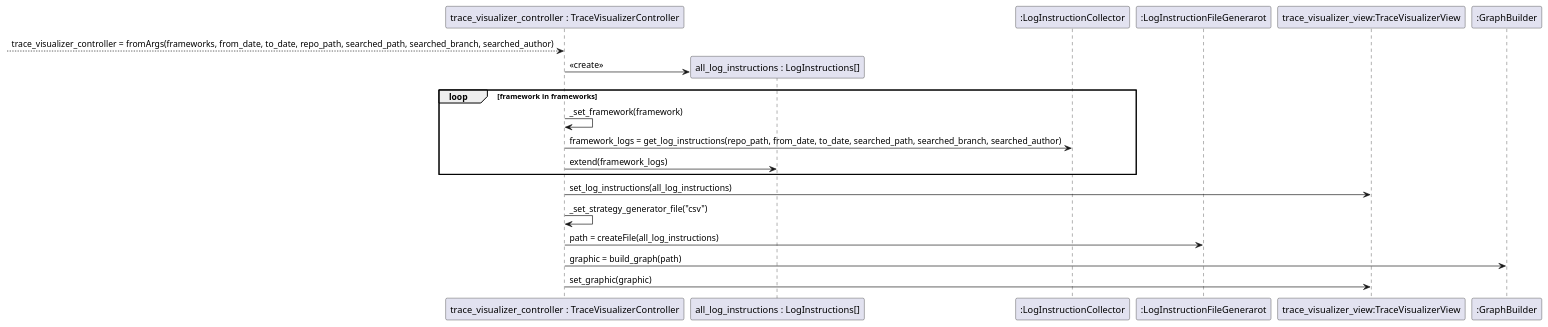
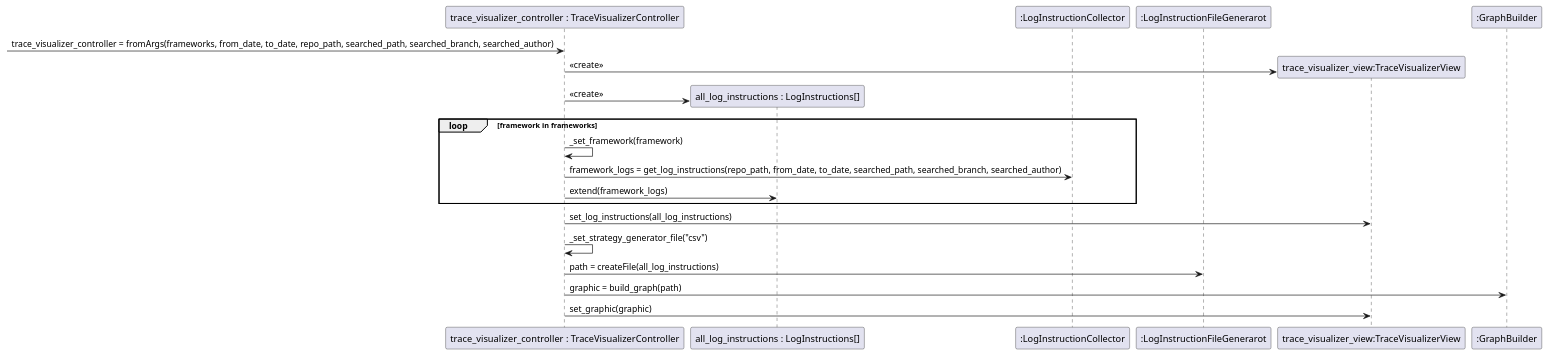
The first of 2 diagrams in doc/sequence.puml (woofi7/Outil-de-visualisation-evolution-des-traces-execution), drawn with PlantUML before and after one commit. The commit also changed 5 other files, not shown here.

```diff
--- a/doc/sequence.puml
+++ b/doc/sequence.puml
@@ -1,23 +1,24 @@
 @startuml TraceVisualizerController
 
 participant "trace_visualizer_controller : TraceVisualizerController" as tvc
 participant "all_log_instructions : LogInstructions[]" as all
 participant ":LogInstructionCollector" as lic
 participant ":LogInstructionFileGenerarot" as lifg
 participant "trace_visualizer_view:TraceVisualizerView" as tvv
 participant ":GraphBuilder" as gb
 
 
---> tvc : trace_visualizer_controller = fromArgs(frameworks, from_date, to_date, repo_path, searched_path, searched_branch, searched_author)
+-> tvc : trace_visualizer_controller = fromArgs(frameworks, from_date, to_date, repo_path, searched_path, searched_branch, searched_author)
+tvc -> tvv ** : <<create>>
 tvc -> all ** : <<create>>
 loop framework in frameworks
     tvc -> tvc : _set_framework(framework)
     tvc -> lic : framework_logs = get_log_instructions(repo_path, from_date, to_date, searched_path, searched_branch, searched_author)
     tvc -> all : extend(framework_logs)
 end
 tvc -> tvv : set_log_instructions(all_log_instructions)
 tvc -> tvc : _set_strategy_generator_file("csv")
 tvc -> lifg : path = createFile(all_log_instructions)
 tvc -> gb : graphic = build_graph(path)
 tvc -> tvv : set_graphic(graphic)
 @enduml
```
